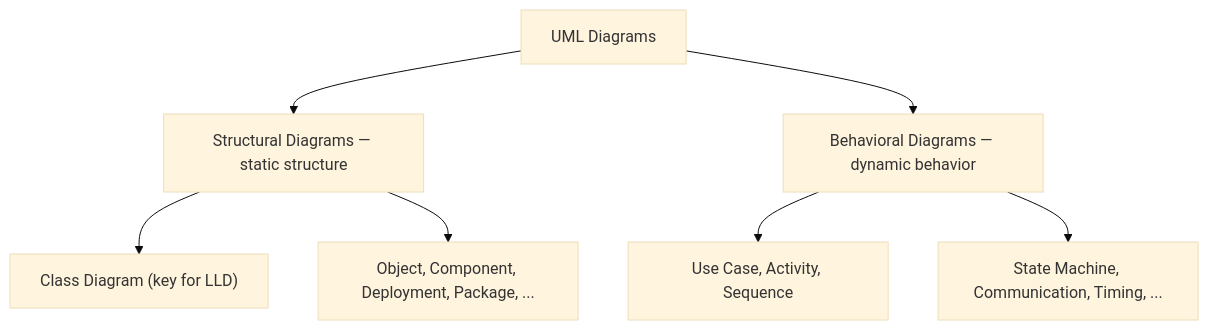
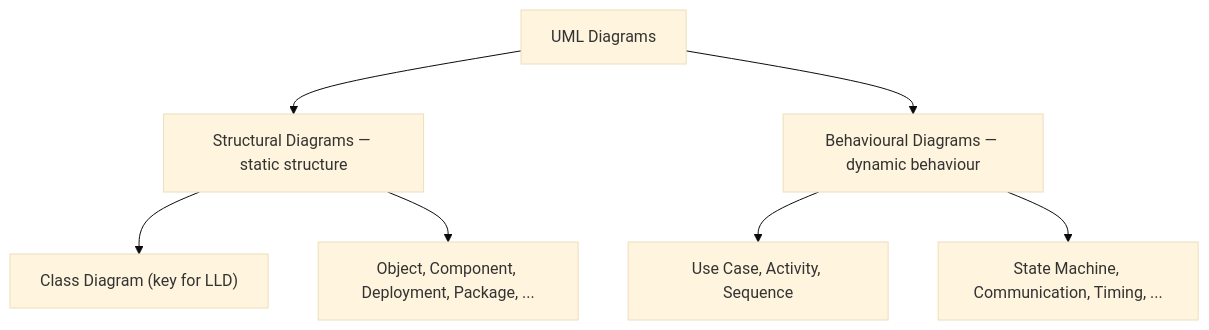
One commit to ani2fun/low-level-design-guide changed the first of 9 diagrams in 03-uml/00-uml.md. Above: the diagram before and after it, drawn with Mermaid (base theme). The commit also changed other lines of this file, not shown here.

````diff
--- a/03-uml/00-uml.md
+++ b/03-uml/00-uml.md
@@ -57,10 +77,10 @@
 ```mermaid
 flowchart TD
     uml["UML Diagrams"]
     uml --> struct["Structural Diagrams — static structure"]
-    uml --> behav["Behavioral Diagrams — dynamic behavior"]
+    uml --> behav["Behavioural Diagrams — dynamic behaviour"]
     struct --> cls["Class Diagram (key for LLD)"]
     struct --> sother["Object, Component, Deployment, Package, ..."]
     behav --> b1["Use Case, Activity, Sequence"]
     behav --> b2["State Machine, Communication, Timing, ..."]
 ```
````
